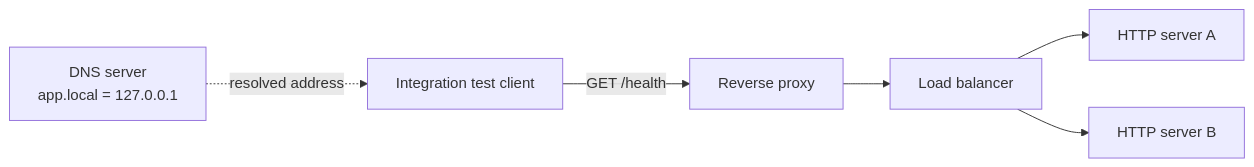
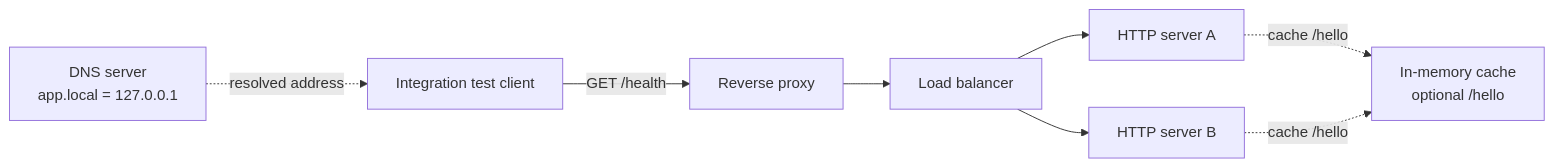
One commit to max-vie/infra-from-scratch changed the diagram in README.md. Above: the diagram before and after it, drawn with Mermaid. The commit also changed other lines of this file and 8 other files, not shown here.

First line of the commit message:
Integrate cache with HTTP /hello

````diff
--- a/README.md
+++ b/README.md
@@ -18,15 +18,18 @@
 ```mermaid
 flowchart LR
     DNS[DNS server<br/>app.local = 127.0.0.1]
     Client[Integration test client]
     Proxy[Reverse proxy]
     Balancer[Load balancer]
     ServerA[HTTP server A]
     ServerB[HTTP server B]
+    Cache[In-memory cache<br/>optional /hello]
 
     DNS -. resolved address .-> Client
     Client -->|GET /health| Proxy
     Proxy --> Balancer
     Balancer --> ServerA
     Balancer --> ServerB
+    ServerA -. cache /hello .-> Cache
+    ServerB -. cache /hello .-> Cache
 ```
````
